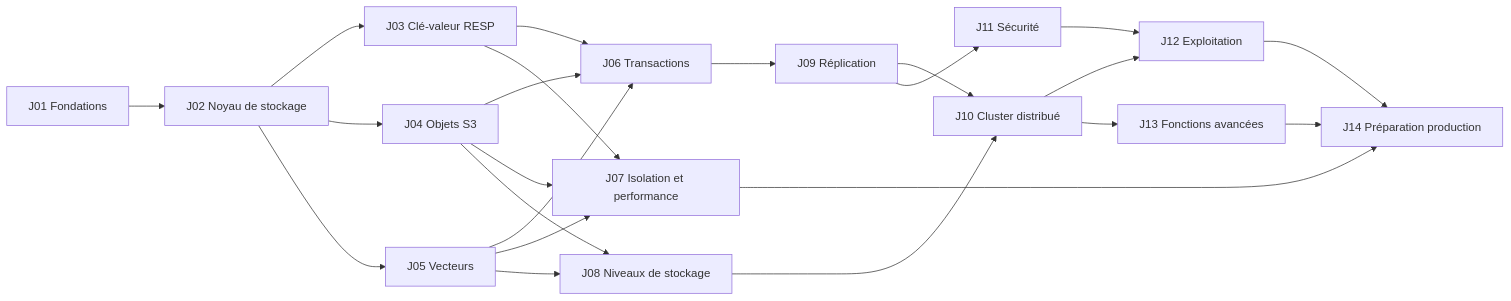
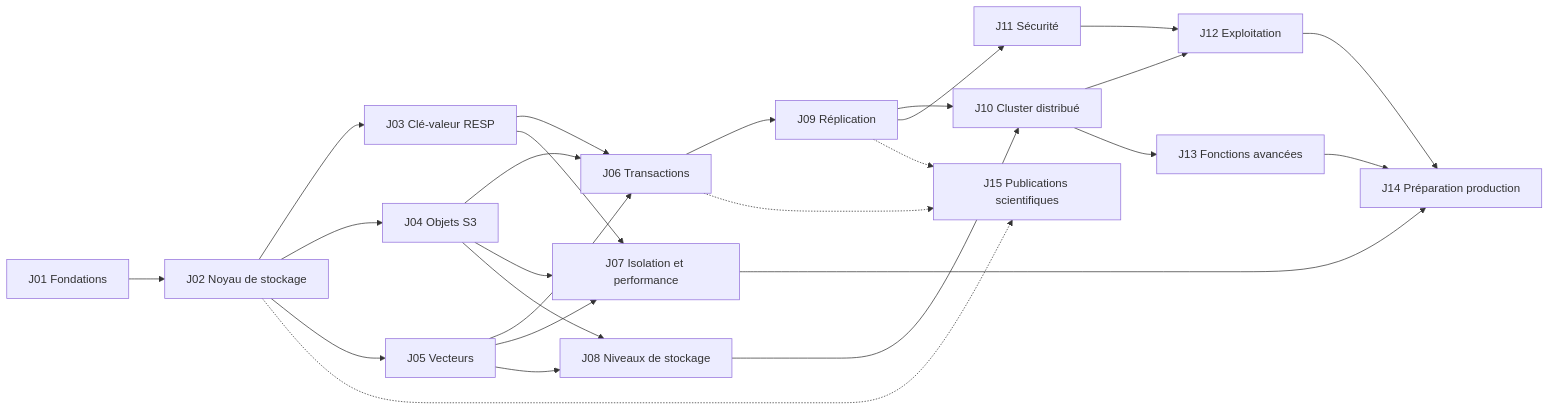
One commit to LordPhenixDeNetra/Ndaal changed the diagram in CAHIER_DES_TACHES.md. Above: the diagram before and after it, drawn with Mermaid. The commit also changed other lines of this file, not shown here.

First line of the commit message:
docs: add the J15 publications milestone, check off T02.09 and T02.11

````diff
--- a/CAHIER_DES_TACHES.md
+++ b/CAHIER_DES_TACHES.md
@@ -114,17 +116,19 @@
 ```mermaid
 flowchart LR
     J01[J01 Fondations] --> J02[J02 Noyau de stockage]
     J02 --> J03[J03 Clé-valeur RESP]
     J02 --> J04[J04 Objets S3]
     J02 --> J05[J05 Vecteurs]
     J03 & J04 & J05 --> J06[J06 Transactions]
     J03 --> J07[J07 Isolation et performance]
     J04 & J05 --> J07
     J04 & J05 --> J08[J08 Niveaux de stockage]
     J06 --> J09[J09 Réplication]
     J08 & J09 --> J10[J10 Cluster distribué]
     J09 --> J11[J11 Sécurité]
     J10 & J11 --> J12[J12 Exploitation]
     J10 --> J13[J13 Fonctions avancées]
     J07 & J12 & J13 --> J14[J14 Préparation production]
+    J02 -.-> J15[J15 Publications scientifiques]
+    J06 & J09 -.-> J15
 ```
````
